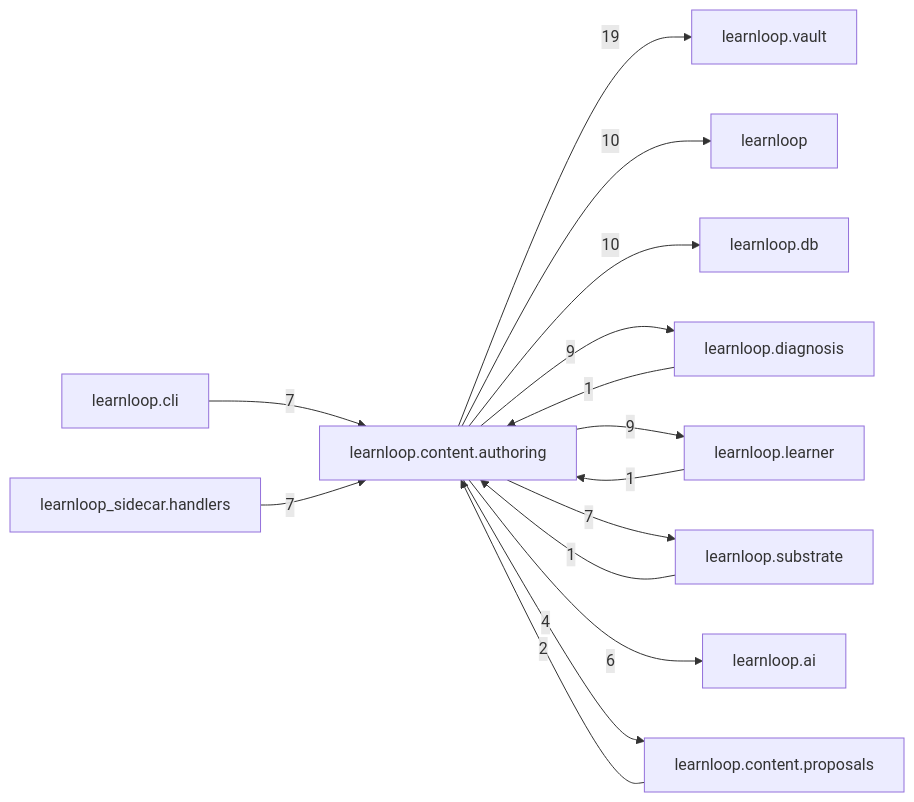
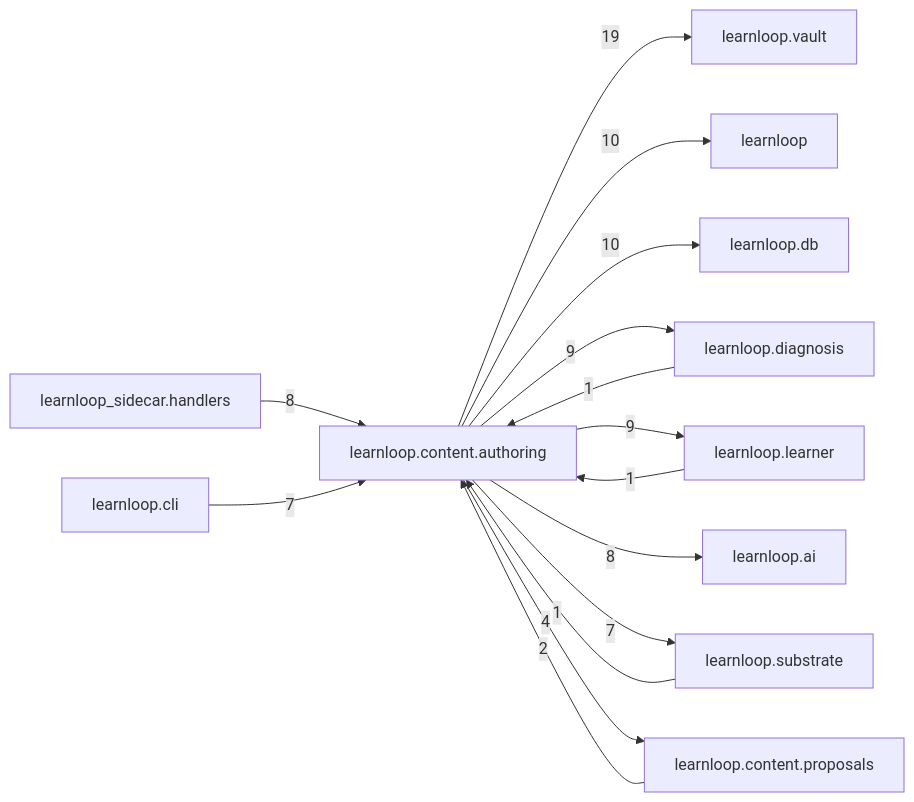
One commit to 6up-b/learnanything changed the diagram in docs/learnloop-architecture-vault/Reference/Modules/learnloop/content/authoring/_package.md. Above: the diagram before and after it, drawn with Mermaid. The commit also changed other lines of this file and 633 other files, not shown here.

````diff
--- a/docs/learnloop-architecture-vault/Reference/Modules/learnloop/content/authoring/_package.md
+++ b/docs/learnloop-architecture-vault/Reference/Modules/learnloop/content/authoring/_package.md
@@ -117,28 +120,28 @@
 ```mermaid
 flowchart LR
     center["learnloop.content.authoring"]
     n_learnloop_vault["learnloop.vault"]
     n_learnloop["learnloop"]
     n_learnloop_db["learnloop.db"]
     n_learnloop_diagnosis["learnloop.diagnosis"]
     n_learnloop_learner["learnloop.learner"]
+    n_learnloop_ai["learnloop.ai"]
     n_learnloop_substrate["learnloop.substrate"]
+    n_learnloop_sidecar_handlers["learnloop_sidecar.handlers"]
     n_learnloop_cli["learnloop.cli"]
-    n_learnloop_sidecar_handlers["learnloop_sidecar.handlers"]
-    n_learnloop_ai["learnloop.ai"]
     n_learnloop_content_proposals["learnloop.content.proposals"]
     center -->|19| n_learnloop_vault
     center -->|10| n_learnloop
     center -->|10| n_learnloop_db
     n_learnloop_diagnosis -->|1| center
     center -->|9| n_learnloop_diagnosis
     n_learnloop_learner -->|1| center
     center -->|9| n_learnloop_learner
+    center -->|8| n_learnloop_ai
     n_learnloop_substrate -->|1| center
     center -->|7| n_learnloop_substrate
+    n_learnloop_sidecar_handlers -->|8| center
     n_learnloop_cli -->|7| center
-    n_learnloop_sidecar_handlers -->|7| center
-    center -->|6| n_learnloop_ai
     n_learnloop_content_proposals -->|2| center
     center -->|4| n_learnloop_content_proposals
 ```
````
